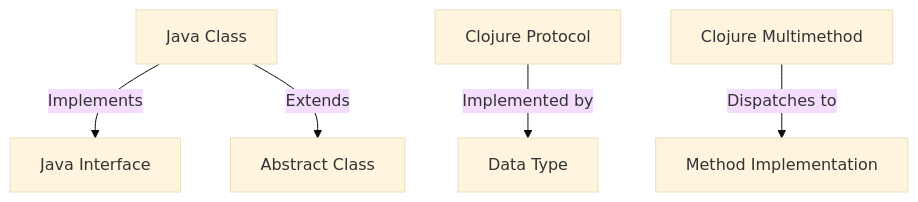
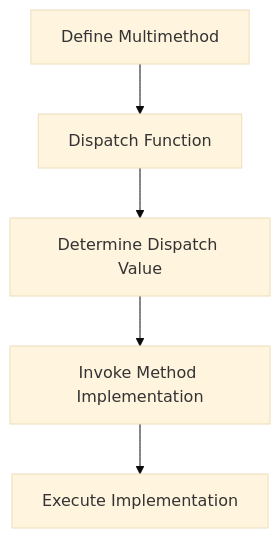
Before and after one commit to MasteryEducation/ClojureForJava.com: the second of 2 diagrams in content/3/7/2/index.md, drawn with Mermaid (base theme). The commit also changed other lines of this file and 74 other files, not shown here.

````diff
--- a/content/3/7/2/index.md
+++ b/content/3/7/2/index.md
@@ -189,7 +170,7 @@
 ```mermaid
 graph TD;
-    A[Java Class] -->|Implements| B[Java Interface];
-    A -->|Extends| C[Abstract Class];
-    D[Clojure Protocol] -->|Implemented by| E[Data Type];
-    F[Clojure Multimethod] -->|Dispatches to| G[Method Implementation];
+    A[Define Multimethod] --> B[Dispatch Function];
+    B --> C[Determine Dispatch Value];
+    C --> D[Invoke Method Implementation];
+    D --> E[Execute Implementation];
 ```
````
